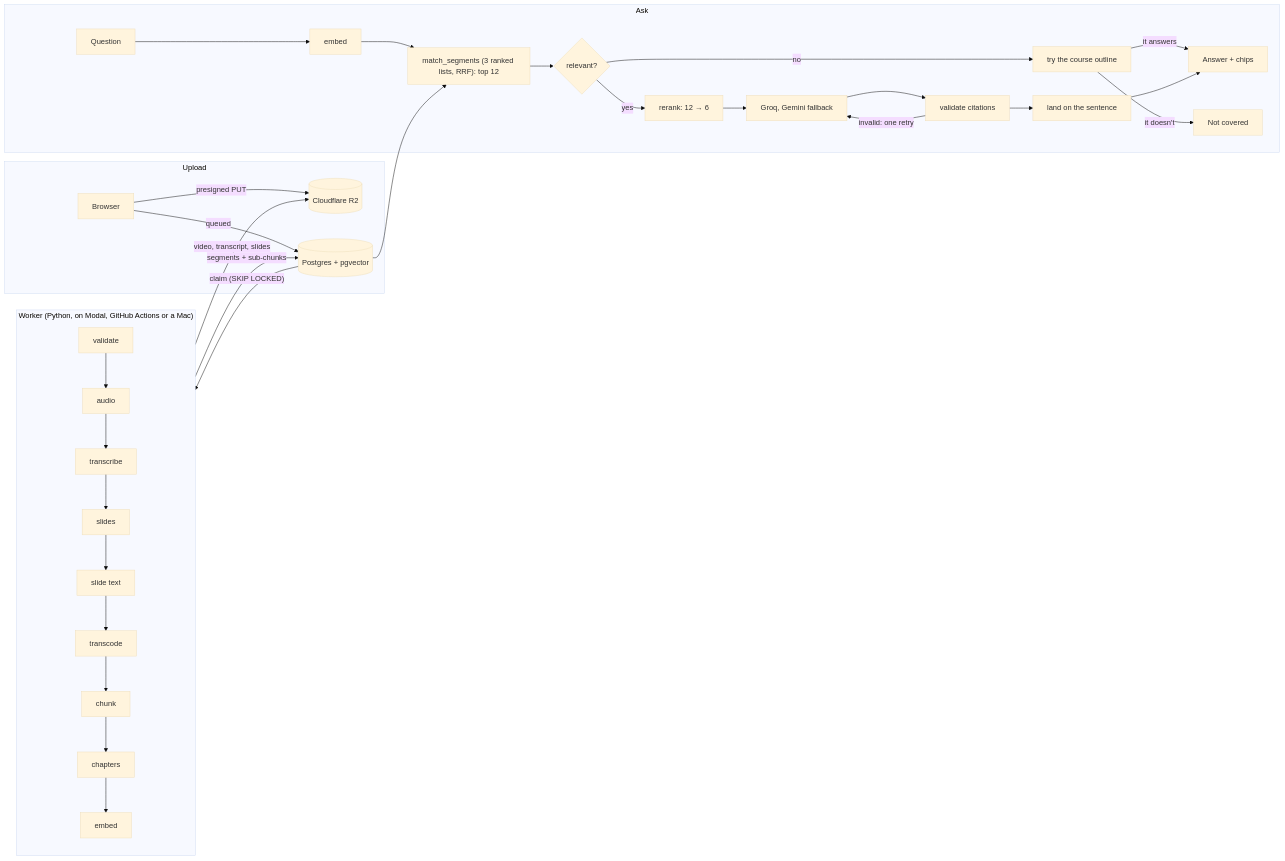
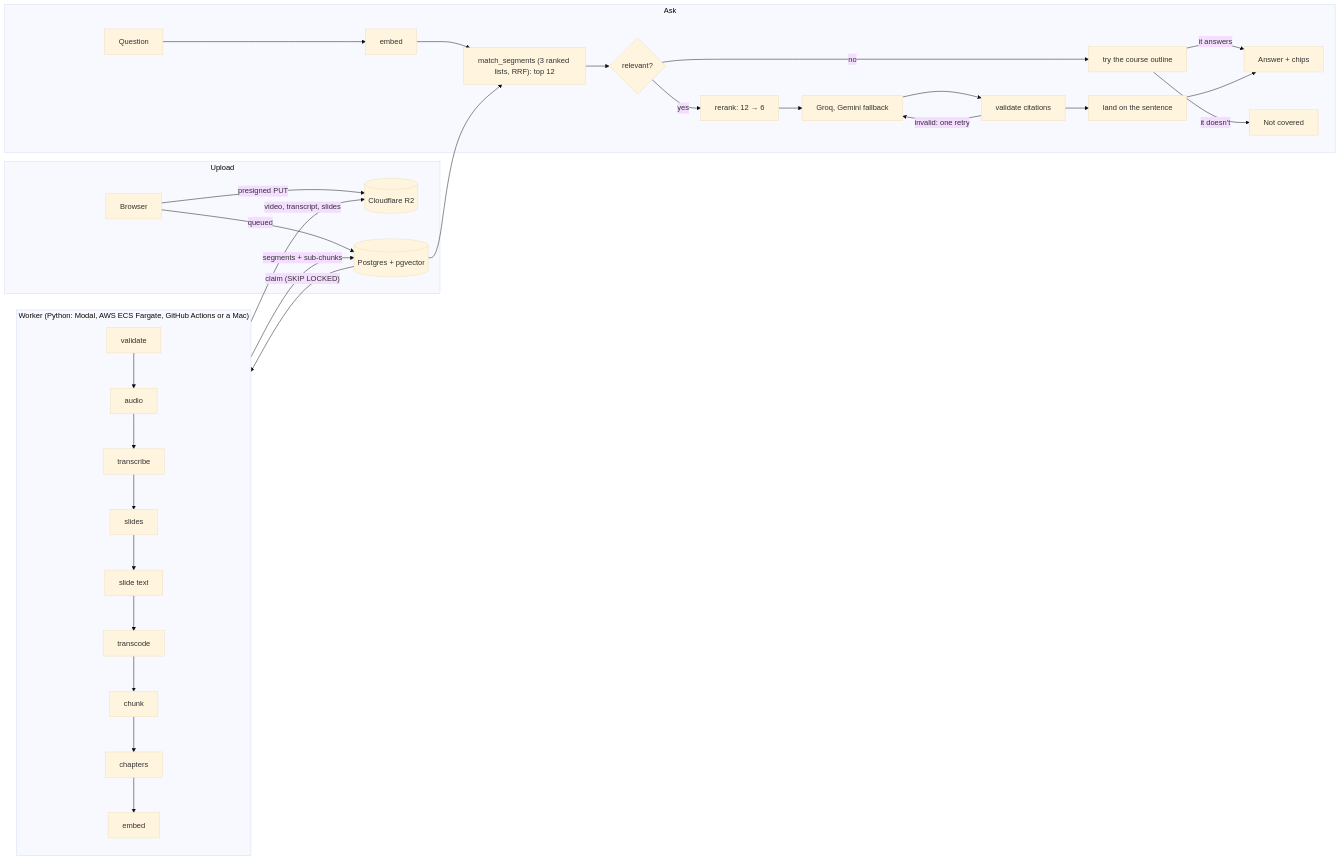
The diagram in README.md (monishpatalay/lecture-copilot), drawn with Mermaid (base theme) before and after one commit. The commit also changed other lines of this file and 1 other file, not shown here.

Commit message:
docs: README covers the ECS worker and the trained-reranker benchmark; correct the email notes

````diff
--- a/README.md
+++ b/README.md
@@ -28,23 +28,23 @@
 ```mermaid
 flowchart LR
   subgraph Upload
     B[Browser] -- "presigned PUT" --> R2[(Cloudflare R2)]
     B -- "queued" --> PG[(Postgres + pgvector)]
   end
-  subgraph Worker["Worker (Python, on Modal, GitHub Actions or a Mac)"]
+  subgraph Worker["Worker (Python: Modal, AWS ECS Fargate, GitHub Actions or a Mac)"]
     direction TB
     V[validate] --> A[audio] --> T[transcribe] --> S[slides] --> ST[slide text] --> X[transcode] --> C[chunk] --> CH[chapters] --> E[embed]
   end
   PG -- "claim (SKIP LOCKED)" --> Worker
   Worker -- "video, transcript, slides" --> R2
   Worker -- "segments + sub-chunks" --> PG
   subgraph Ask
     Q[Question] --> EM[embed] --> M["match_segments (3 ranked lists, RRF): top 12"] --> G{relevant?}
     G -- no --> OL["try the course outline"]
     OL -- "it answers" --> ANS
     OL -- "it doesn't" --> NC[Not covered]
     G -- yes --> RR["rerank: 12 → 6"] --> LLM[Groq, Gemini fallback] --> VC[validate citations] --> RF[land on the sentence] --> ANS[Answer + chips]
     VC -- "invalid: one retry" --> LLM
   end
   PG --> M
 ```
````
